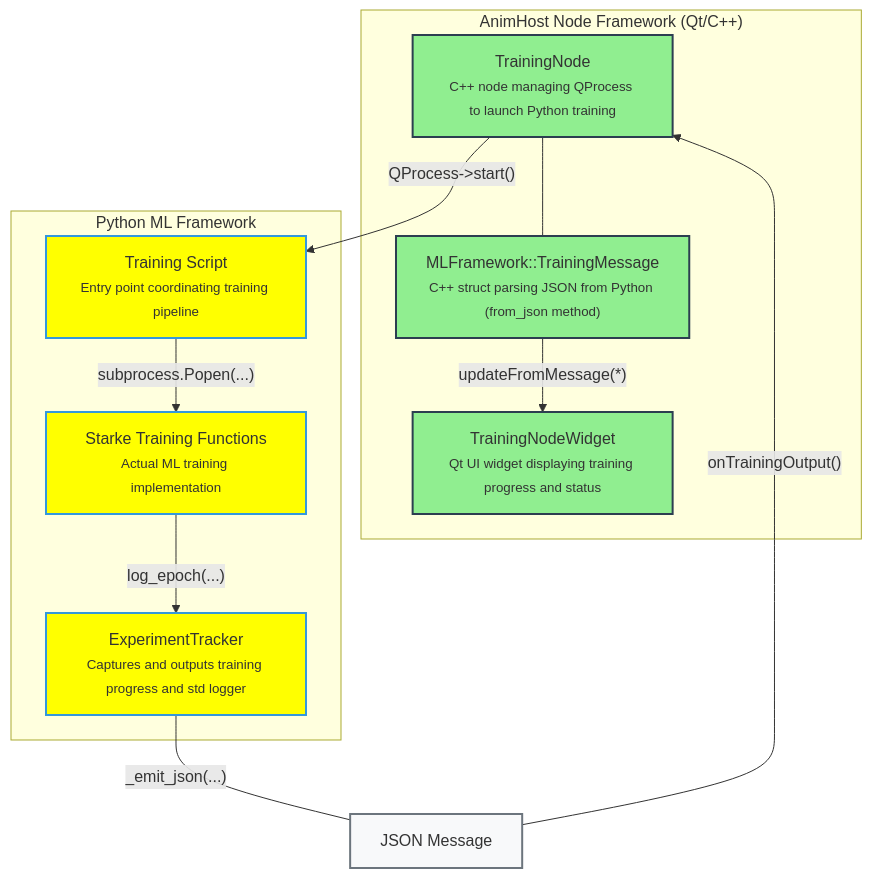
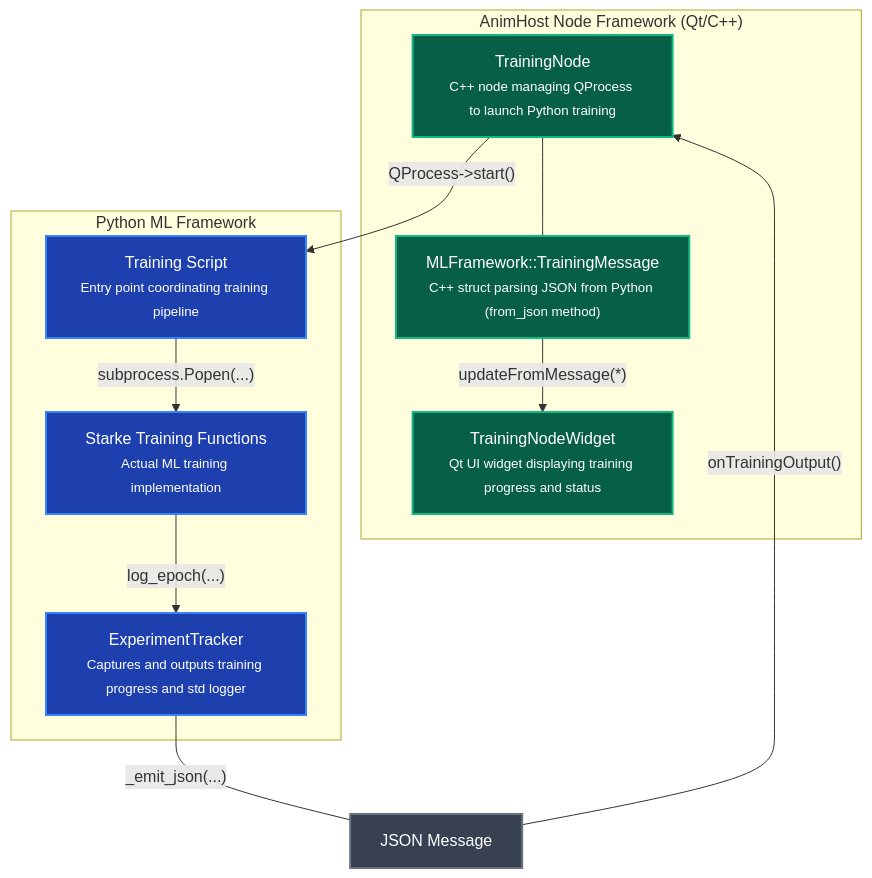
Before and after one commit to FilmakademieRnd/AnimHost: the diagram in python/ml_framework/README.md, drawn with Mermaid.

Commit message:
changed readme mermaid colors for dark mode compatibility

````diff
--- a/python/ml_framework/README.md
+++ b/python/ml_framework/README.md
@@ -39,34 +39,34 @@
 ```mermaid
 graph TB
     subgraph "AnimHost Node Framework (Qt/C++)"
         A["TrainingNodeWidget<br/><small>Qt UI widget displaying training progress and status</small>"]   
         C["MLFramework::TrainingMessage<br/><small>C++ struct parsing JSON from Python (from_json method)</small>"]
         B["TrainingNode<br/><small>C++ node managing QProcess to launch Python training</small>"]
     end
     
     D["JSON Message<br/>"]
     
     subgraph "Python ML Framework"
         E["ExperimentTracker<br/><small>Captures and outputs training progress and std logger</small>"]
         F["Training Script<br/><small>Entry point coordinating training pipeline</small>"]
         G["Starke Training Functions<br/><small>Actual ML training implementation</small>"]
     end
     
     %% Connections
     B --> |"QProcess->start()"| F
     F --> |"subprocess.Popen(...)"| G
     G --> |"log_epoch(...)"| E
     E --- |"_emit_json(...)"| D
     D --> |"onTrainingOutput()"| B
     B --- C
     C --> |"updateFromMessage(*)"| A
     
     %% Styling
-    classDef cppLayer fill:#90EE90,stroke:#2c3e50,stroke-width:2px
-    classDef interfaceNode fill:#f8f9fa,stroke:#6c757d,stroke-width:2px
-    classDef pythonLayer fill:#FFFF00,stroke:#3498db,stroke-width:2px
+    classDef cppLayer fill:#065f46,stroke:#10b981,stroke-width:2px,color:#ffffff
+    classDef interfaceNode fill:#374151,stroke:#6b7280,stroke-width:2px,color:#ffffff
+    classDef pythonLayer fill:#1e40af,stroke:#3b82f6,stroke-width:2px,color:#ffffff
     
     class A,B,C cppLayer
     class D interfaceNode
     class E,F,G pythonLayer
 ```
````
